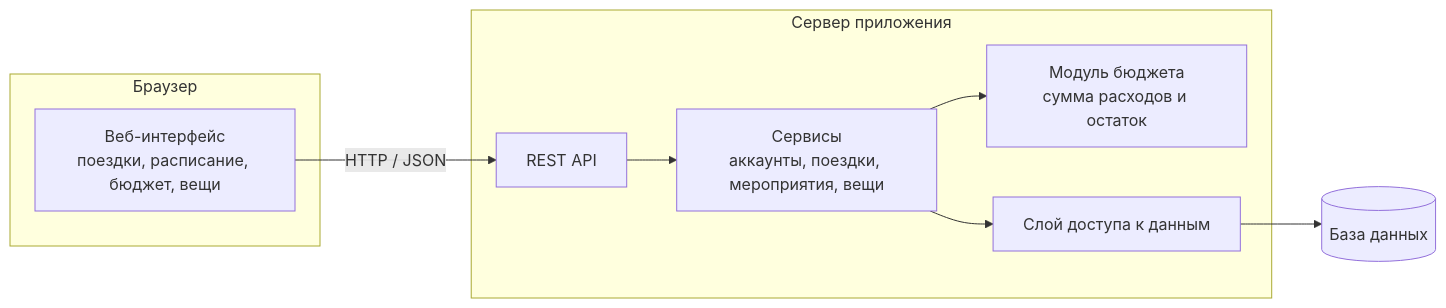
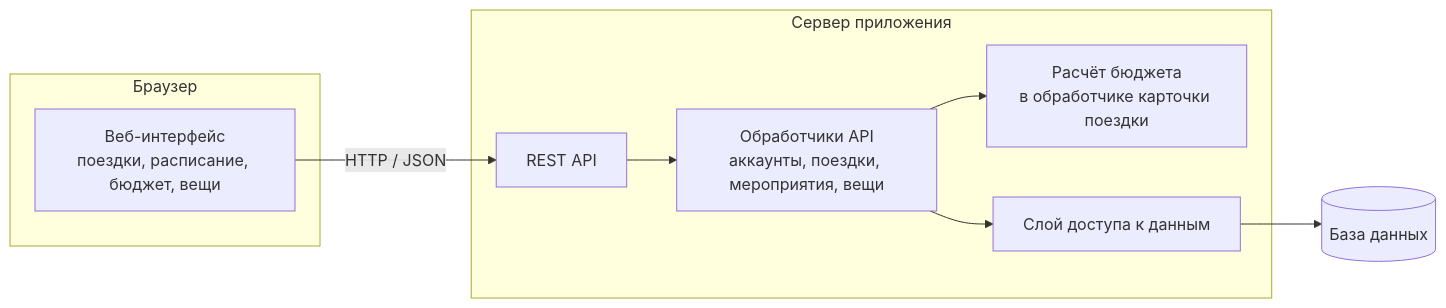
Before and after one commit to NE4EL/TravelSPO: the sixth of 6 diagrams in README.md, drawn with Mermaid. The commit also changed other lines of this file and 12 other files, not shown here.

````diff
--- a/README.md
+++ b/README.md
@@ -348,18 +367,18 @@
 ```mermaid
 flowchart LR
     subgraph CL["Браузер"]
         UI["Веб-интерфейс<br/>поездки, расписание, бюджет, вещи"]
     end
     subgraph APP["Сервер приложения"]
         API["REST API"]
-        SVC["Сервисы<br/>аккаунты, поездки, мероприятия, вещи"]
-        CALC["Модуль бюджета<br/>сумма расходов и остаток"]
+        SVC["Обработчики API<br/>аккаунты, поездки, мероприятия, вещи"]
+        CALC["Расчёт бюджета<br/>в обработчике карточки поездки"]
         ORM["Слой доступа к данным"]
     end
     DB[("База данных")]
     UI -- "HTTP / JSON" --> API
     API --> SVC
     SVC --> CALC
     SVC --> ORM
     ORM --> DB
 ```
````
